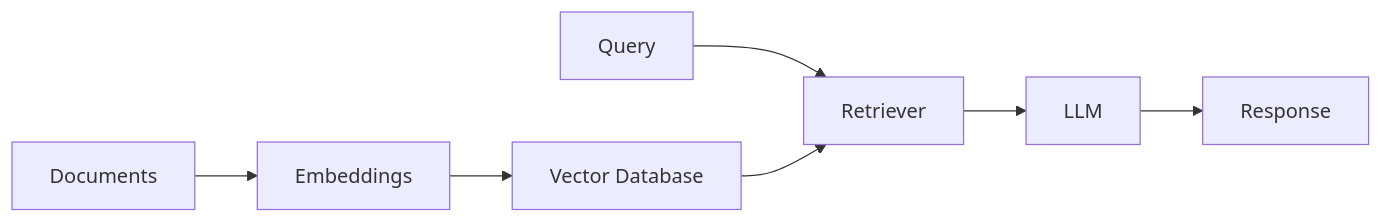
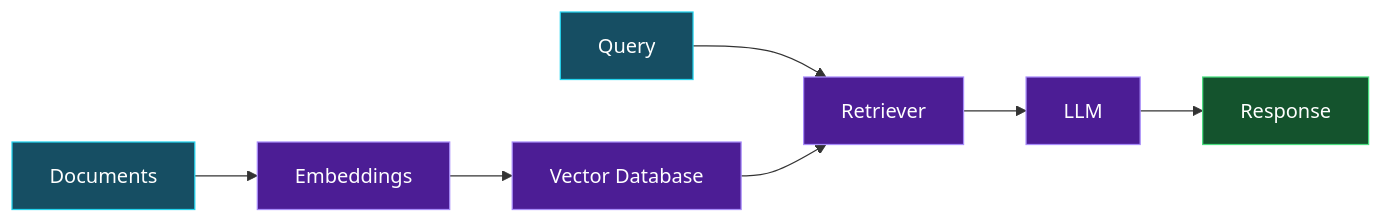
The sixth of 6 diagrams in README.md (heeraOp/heeraOp), drawn with Mermaid before and after one commit. The commit also changed other lines of this file, not shown here.

````diff
--- a/README.md
+++ b/README.md
@@ -163,9 +209,17 @@
 ```mermaid
 flowchart LR
     A[Documents] --> B[Embeddings]
     B --> C[Vector Database]
     D[Query] --> E[Retriever]
     C --> E
     E --> F[LLM]
     F --> G[Response]
+
+    classDef source fill:#164E63,stroke:#22D3EE,color:#fff
+    classDef retrieval fill:#4C1D95,stroke:#A78BFA,color:#fff
+    classDef output fill:#14532D,stroke:#4ADE80,color:#fff
+
+    class A,D source
+    class B,C,E,F retrieval
+    class G output
 ```
````
